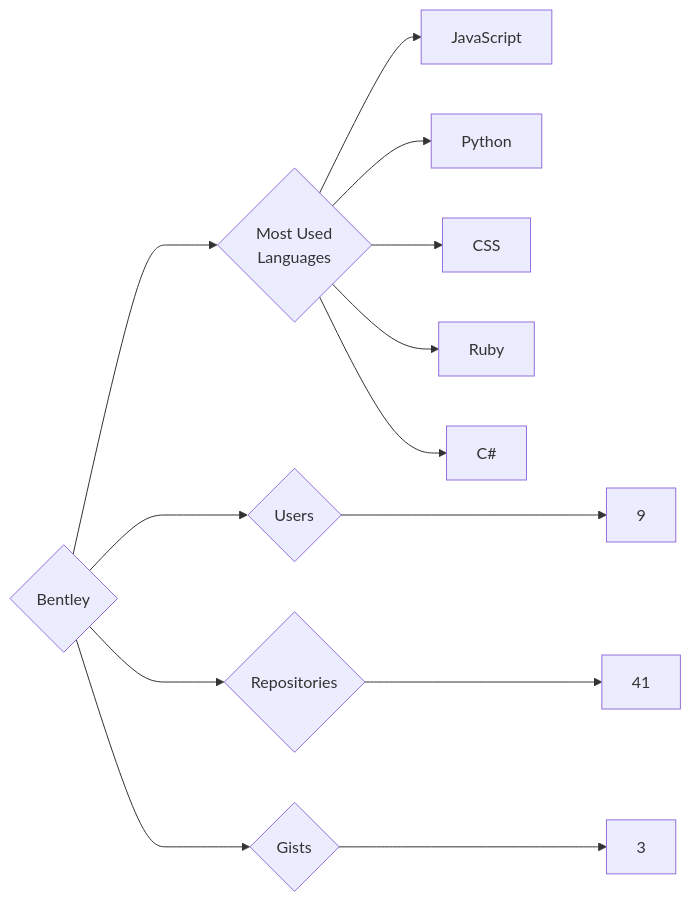
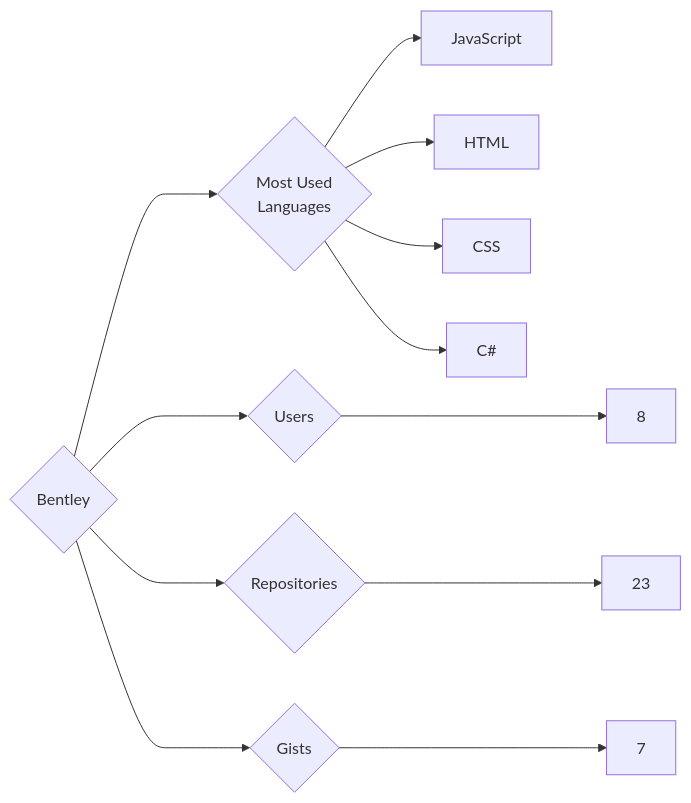
The diagram in targets/Bentley/README.md (trickest/insiders), drawn with Mermaid before and after one commit. The commit also changed 1055 other files, not shown here.

````diff
--- a/targets/Bentley/README.md
+++ b/targets/Bentley/README.md
@@ -3,13 +3,12 @@
 ```mermaid
 graph LR
 COMPANY_NAME{Bentley}
-COMPANY_NAME ---> U{Users} ---> UN[9]
-COMPANY_NAME ---> R{Repositories} ---> RN[41]
-COMPANY_NAME ---> G{Gists} ---> GN[3]
+COMPANY_NAME ---> U{Users} ---> UN[8]
+COMPANY_NAME ---> R{Repositories} ---> RN[23]
+COMPANY_NAME ---> G{Gists} ---> GN[7]
 COMPANY_NAME ---> ML{Most Used<br>Languages}
 ML --> JavaScript[JavaScript]
-ML --> Python[Python]
+ML --> HTML[HTML]
 ML --> CSS[CSS]
-ML --> Ruby[Ruby]
 ML --> C#[C#]
 ```
````
